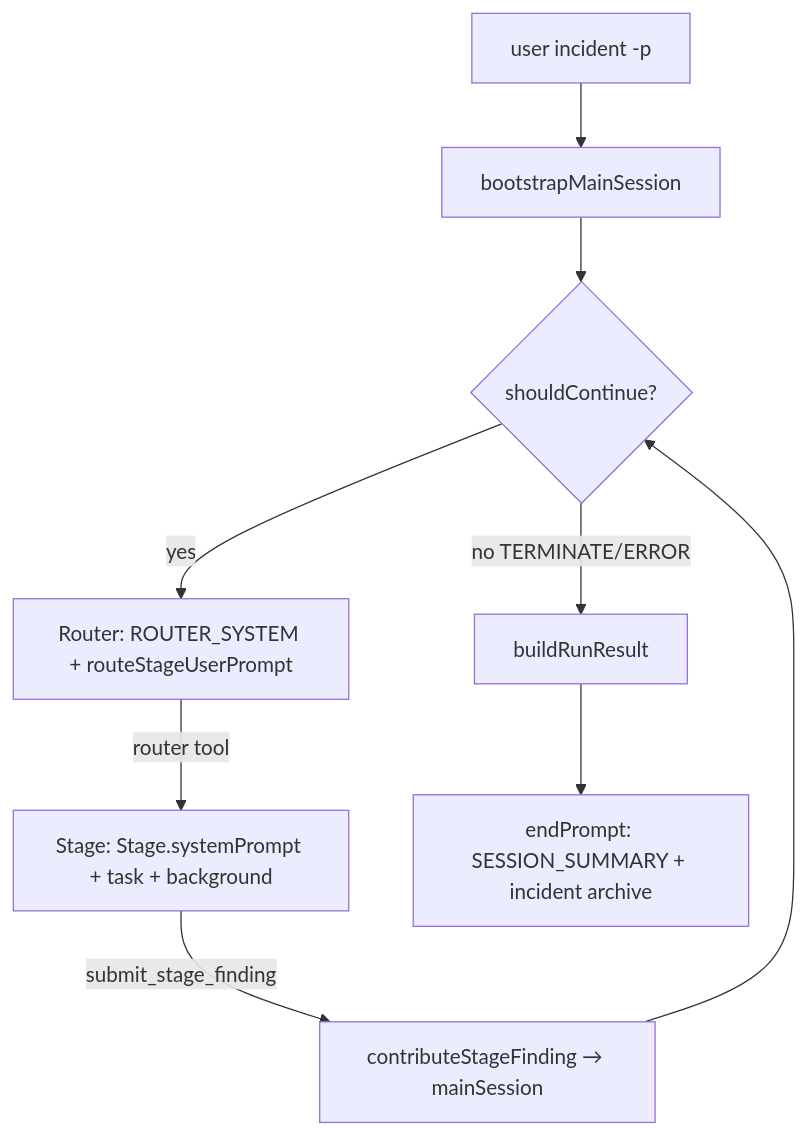
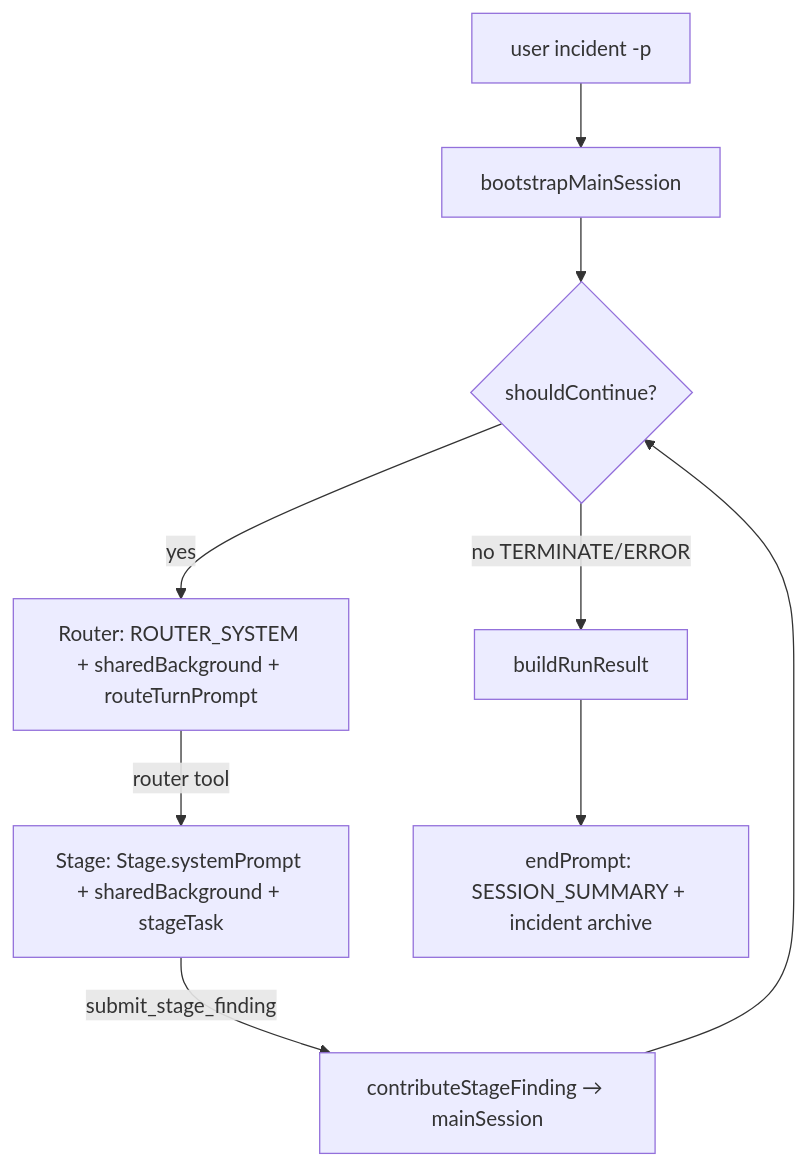
The seventh of 7 diagrams in core/docs/AGENT-FLOW.en.md (jixiedev/Janus), drawn with Mermaid before and after one commit. The commit also changed other lines of this file and 54 other files, not shown here.

````diff
--- a/core/docs/AGENT-FLOW.en.md
+++ b/core/docs/AGENT-FLOW.en.md
@@ -262,11 +263,11 @@
 ```mermaid
 flowchart TB
     IN[user incident -p] --> BOOT[bootstrapMainSession]
     BOOT --> LOOP{shouldContinue?}
-    LOOP -->|yes| RT[Router: ROUTER_SYSTEM + routeStageUserPrompt]
-    RT -->|router tool| STG[Stage: Stage.systemPrompt + task + background]
+    LOOP -->|yes| RT[Router: ROUTER_SYSTEM + sharedBackground + routeTurnPrompt]
+    RT -->|router tool| STG[Stage: Stage.systemPrompt + sharedBackground + stageTask]
     STG -->|submit_stage_finding| FIND[contributeStageFinding → mainSession]
     FIND --> LOOP
     LOOP -->|no TERMINATE/ERROR| OUT[buildRunResult]
     OUT --> SUM[endPrompt: SESSION_SUMMARY + incident archive]
 ```
````
